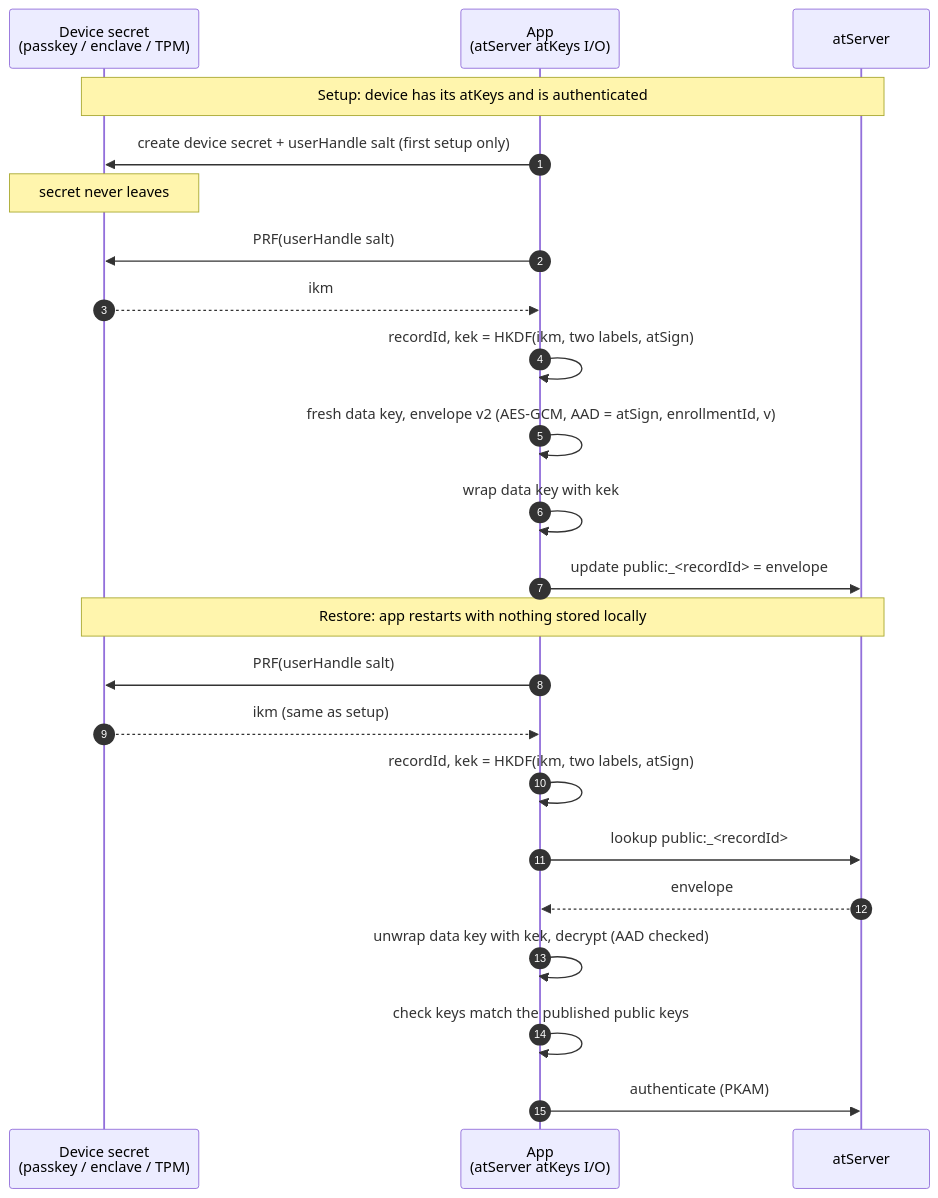
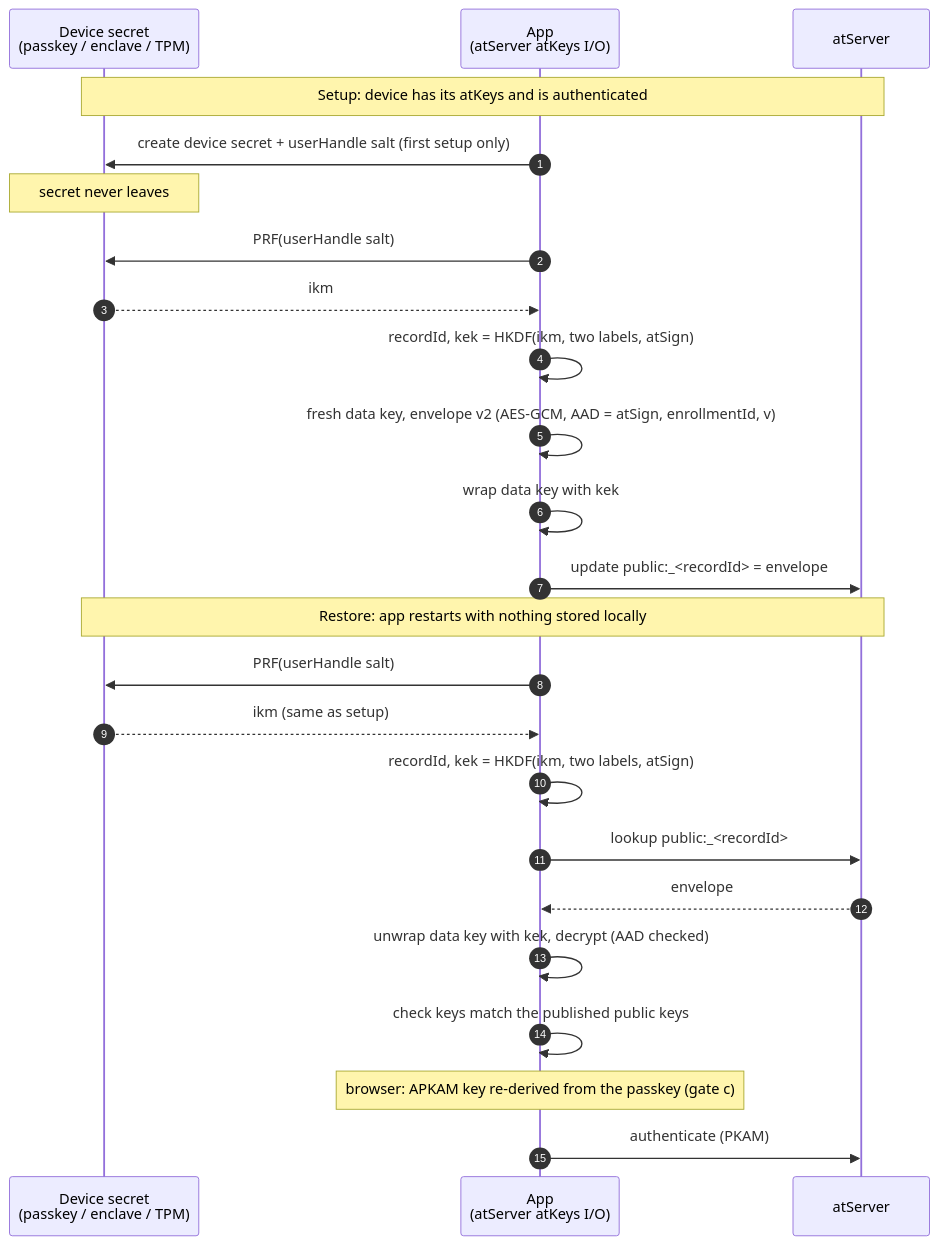
The diagram in docs/projects/key-sources/prf-server-keys-blob.md (atsign-foundation/at_client_sdk), drawn with Mermaid before and after one commit. The commit also changed other lines of this file and 2 other files, not shown here.

First line of the commit message:
docs(key-sources): address review on custody and PRF blob designs

````diff
--- a/docs/projects/key-sources/prf-server-keys-blob.md
+++ b/docs/projects/key-sources/prf-server-keys-blob.md
@@ -65,27 +67,28 @@
 ```mermaid
 sequenceDiagram
     autonumber
     participant S as Device secret<br/>(passkey / enclave / TPM)
     participant A as App<br/>(atServer atKeys I/O)
     participant AS as atServer
 
     Note over S,AS: Setup: device has its atKeys and is authenticated
     A->>S: create device secret + userHandle salt (first setup only)
     Note over S: secret never leaves
     A->>S: PRF(userHandle salt)
     S-->>A: ikm
     A->>A: recordId, kek = HKDF(ikm, two labels, atSign)
     A->>A: fresh data key, envelope v2 (AES-GCM, AAD = atSign, enrollmentId, v)
     A->>A: wrap data key with kek
     A->>AS: update public:_<recordId> = envelope
 
     Note over S,AS: Restore: app restarts with nothing stored locally
     A->>S: PRF(userHandle salt)
     S-->>A: ikm (same as setup)
     A->>A: recordId, kek = HKDF(ikm, two labels, atSign)
     A->>AS: lookup public:_<recordId>
     AS-->>A: envelope
     A->>A: unwrap data key with kek, decrypt (AAD checked)
     A->>A: check keys match the published public keys
+    Note over A: browser: APKAM key re-derived from the passkey (gate c)
     A->>AS: authenticate (PKAM)
 ```
````
